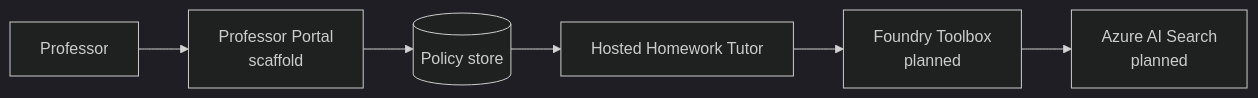
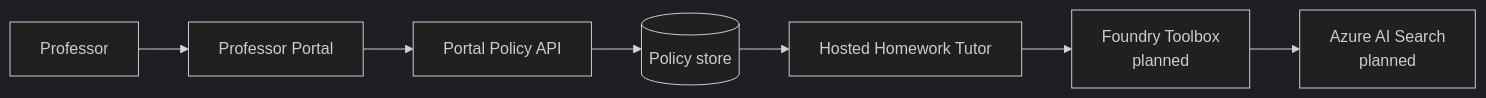
Before and after one commit to dbruun/edu-cohort-homework: the third of 4 diagrams in docs/architecture.md, drawn with Mermaid (dark theme). The commit also changed other lines of this file and 2 other files, not shown here.

Commit message:
Enhance architecture and usage documentation to clarify the integration of the professor portal and its role in shaping pedagogy; update status notes and usage instructions for improved accuracy.

````diff
--- a/docs/architecture.md
+++ b/docs/architecture.md
@@ -20,8 +42,9 @@
 ```mermaid
 flowchart LR
-  Professor[Professor] --> Portal[Professor Portal<br/>scaffold]
-  Portal --> PolicyStore[(Policy store)]
+  Professor[Professor] --> Portal[Professor Portal]
+  Portal --> API[Portal Policy API]
+  API --> PolicyStore[(Policy store)]
   PolicyStore --> Agent[Hosted Homework Tutor]
   Agent --> Toolbox[Foundry Toolbox<br/>planned]
   Toolbox --> Search[Azure AI Search<br/>planned]
 ```
````
